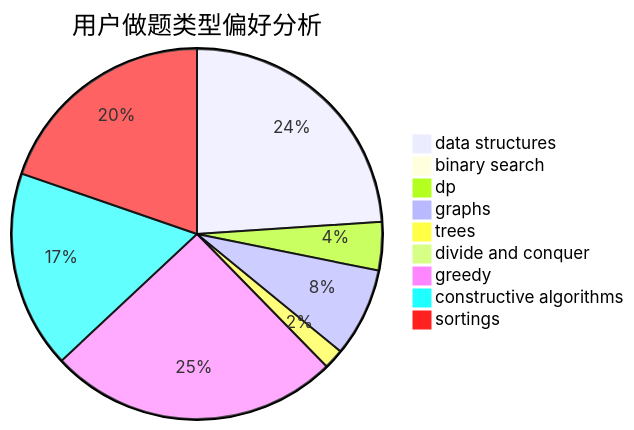
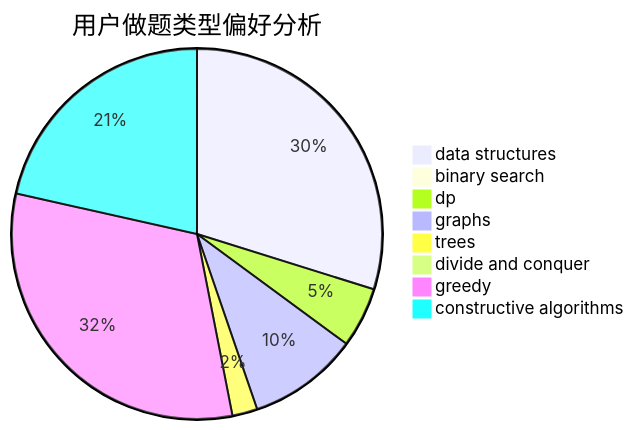
Before and after one commit to sherpahu/cfrs.github.io: the second of 3 diagrams in docs/user/u1480.md, drawn with Mermaid. The commit also changed other lines of this file and 2769 other files, not shown here.

````diff
--- a/docs/user/u1480.md
+++ b/docs/user/u1480.md
@@ -18,12 +18,11 @@
 ```mermaid
 pie title 用户做题类型偏好分析
     "data structures" :  68
     "binary search" :  0
     "dp" :  12
     "graphs" :  22
     "trees" :  5
     "divide and conquer" :  0
     "greedy" :  72
     "constructive algorithms" :  49
-    "sortings" :  56
 ```
````
